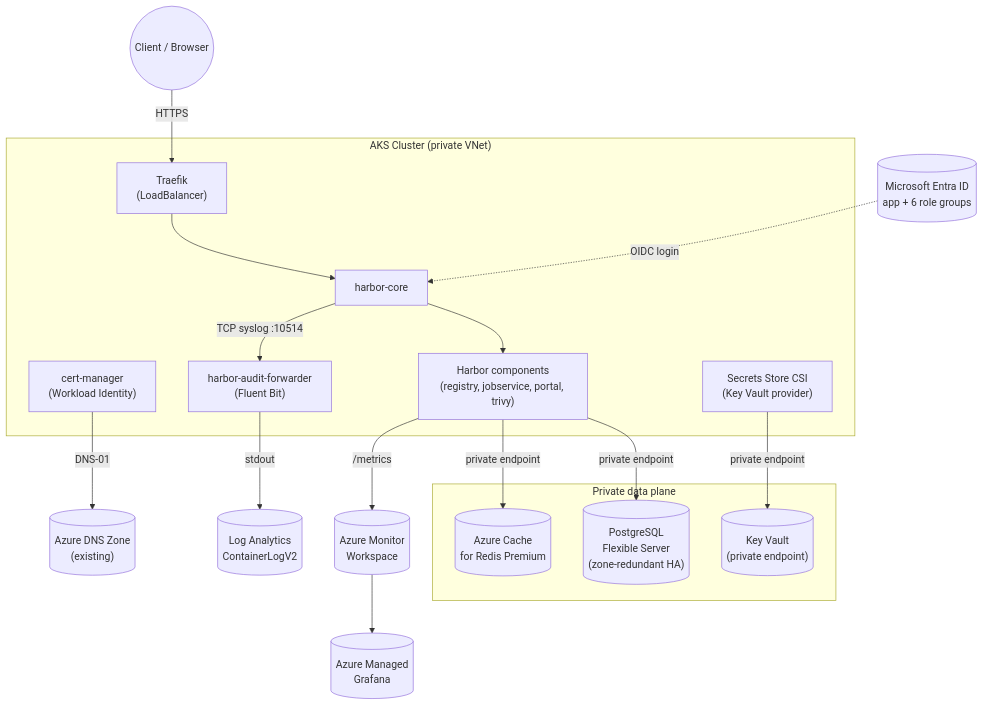
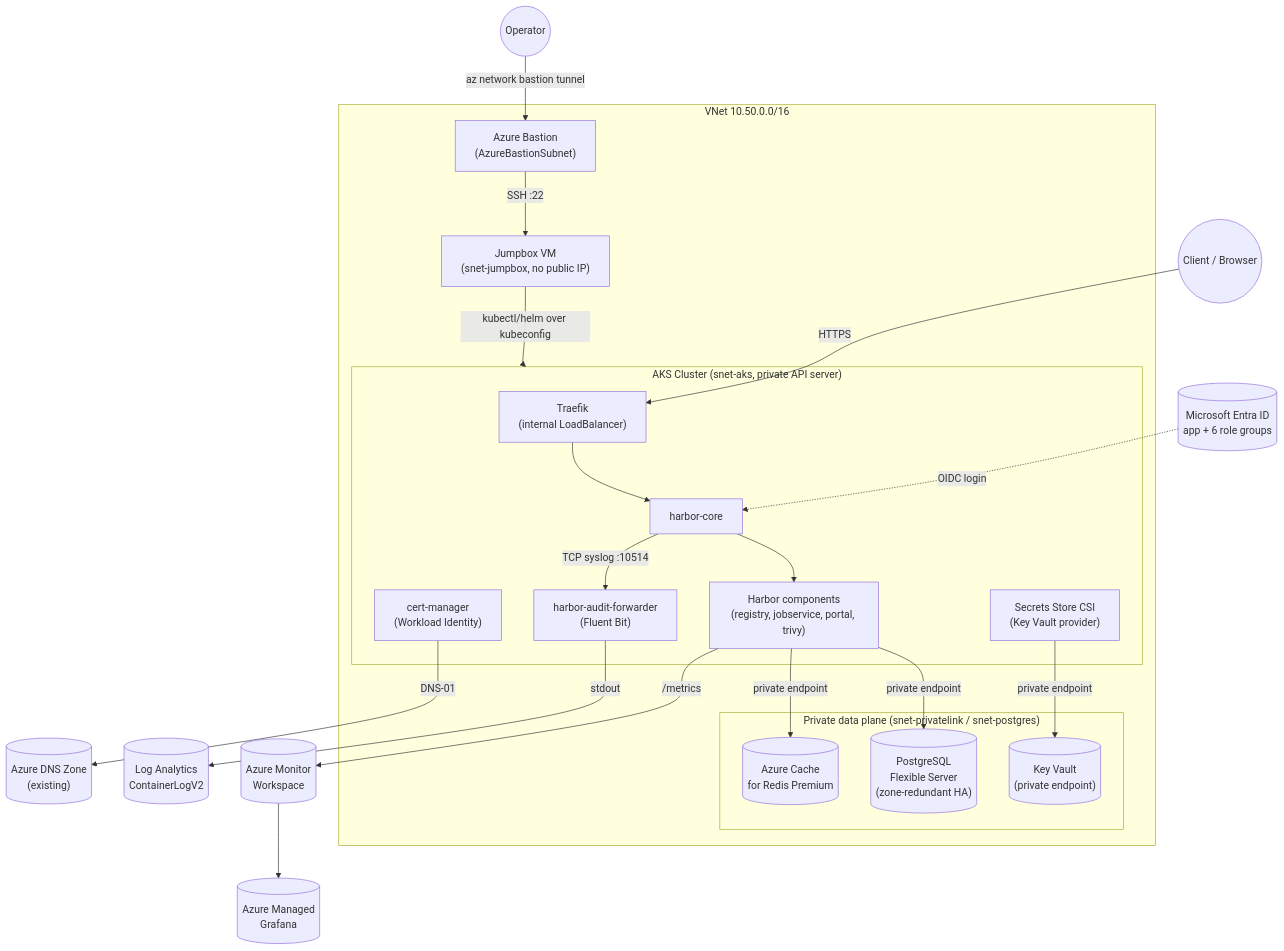
The diagram in AKS-Harbor-Production-Demo/README.md (kasunsjc/Code-Snippets), drawn with Mermaid before and after one commit. The commit also changed other lines of this file and 14 other files, not shown here.

First line of the commit message:
Harbor production demo: private AKS cluster + Azure Bastion access

````diff
--- a/AKS-Harbor-Production-Demo/README.md
+++ b/AKS-Harbor-Production-Demo/README.md
@@ -30,32 +32,41 @@
 ```mermaid
 flowchart TB
-    subgraph AKS["AKS Cluster (private VNet)"]
-        Traefik["Traefik\n(LoadBalancer)"]
-        CertManager["cert-manager\n(Workload Identity)"]
-        Forwarder["harbor-audit-forwarder\n(Fluent Bit)"]
-        HarborCore["harbor-core"]
-        HarborSvc["Harbor components\n(registry, jobservice, portal, trivy)"]
-        CSI["Secrets Store CSI\n(Key Vault provider)"]
-    end
+    Operator(("Operator")) -->|az network bastion tunnel| Bastion
 
-    subgraph Data["Private data plane"]
-        PG[("PostgreSQL\nFlexible Server\n(zone-redundant HA)")]
-        Redis[("Azure Cache\nfor Redis Premium")]
-        KV[("Key Vault\n(private endpoint)")]
+    subgraph VNet["VNet 10.50.0.0/16"]
+        Bastion["Azure Bastion\n(AzureBastionSubnet)"]
+        Jumpbox["Jumpbox VM\n(snet-jumpbox, no public IP)"]
+        Bastion -->|SSH :22| Jumpbox
+
+        subgraph AKS["AKS Cluster (snet-aks, private API server)"]
+            Traefik["Traefik\n(internal LoadBalancer)"]
+            CertManager["cert-manager\n(Workload Identity)"]
+            Forwarder["harbor-audit-forwarder\n(Fluent Bit)"]
+            HarborCore["harbor-core"]
+            HarborSvc["Harbor components\n(registry, jobservice, portal, trivy)"]
+            CSI["Secrets Store CSI\n(Key Vault provider)"]
+        end
+        Jumpbox -->|kubectl/helm over kubeconfig| AKS
+
+        subgraph Data["Private data plane (snet-privatelink / snet-postgres)"]
+            PG[("PostgreSQL\nFlexible Server\n(zone-redundant HA)")]
+            Redis[("Azure Cache\nfor Redis Premium")]
+            KV[("Key Vault\n(private endpoint)")]
+        end
     end
 
     Internet(("Client / Browser")) -->|HTTPS| Traefik
     Traefik --> HarborCore
     HarborCore --> HarborSvc
     HarborSvc -->|private endpoint| PG
     HarborSvc -->|private endpoint| Redis
     CSI -->|private endpoint| KV
     HarborCore -->|TCP syslog :10514| Forwarder
     Forwarder -->|stdout| LAW[("Log Analytics\nContainerLogV2")]
     HarborSvc -->|/metrics| AMW[("Azure Monitor\nWorkspace")]
     AMW --> Grafana[("Azure Managed\nGrafana")]
 
     CertManager -->|DNS-01| AzureDNS[("Azure DNS Zone\n(existing)")]
 
     EntraID[("Microsoft Entra ID\napp + 6 role groups")] -.->|OIDC login| HarborCore
 ```
````
